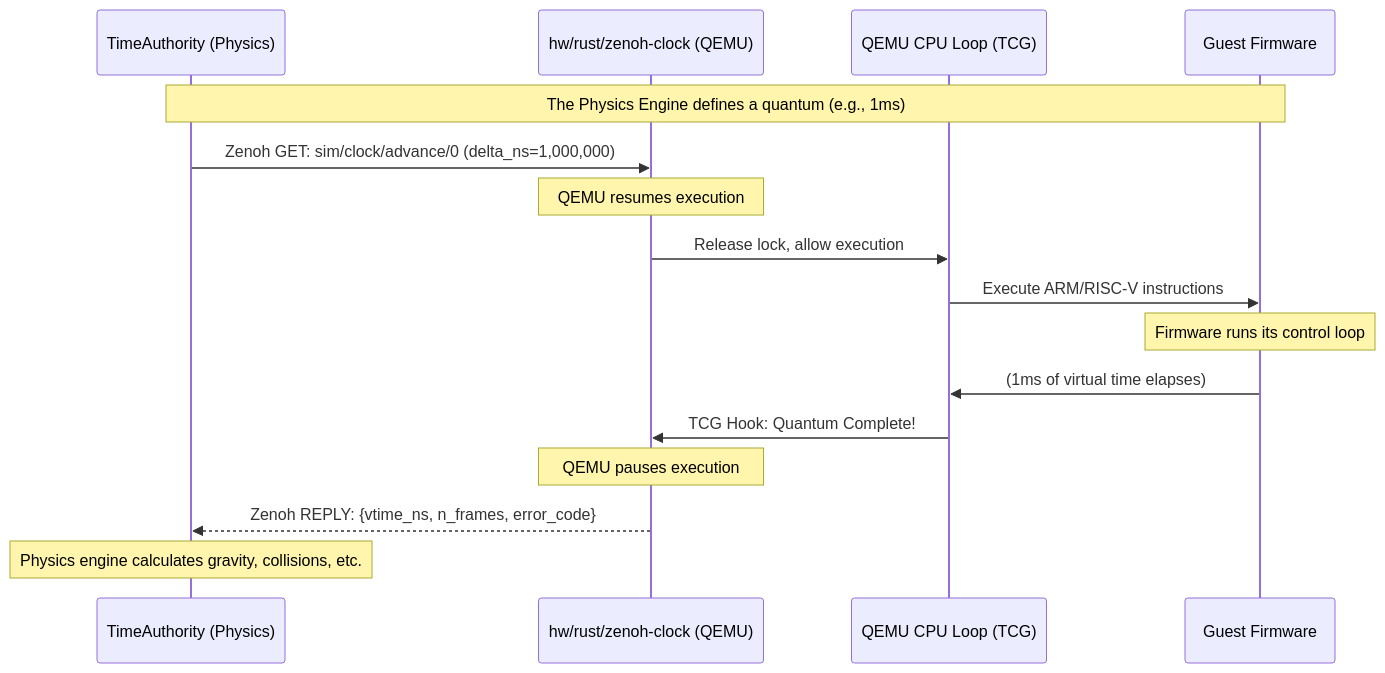
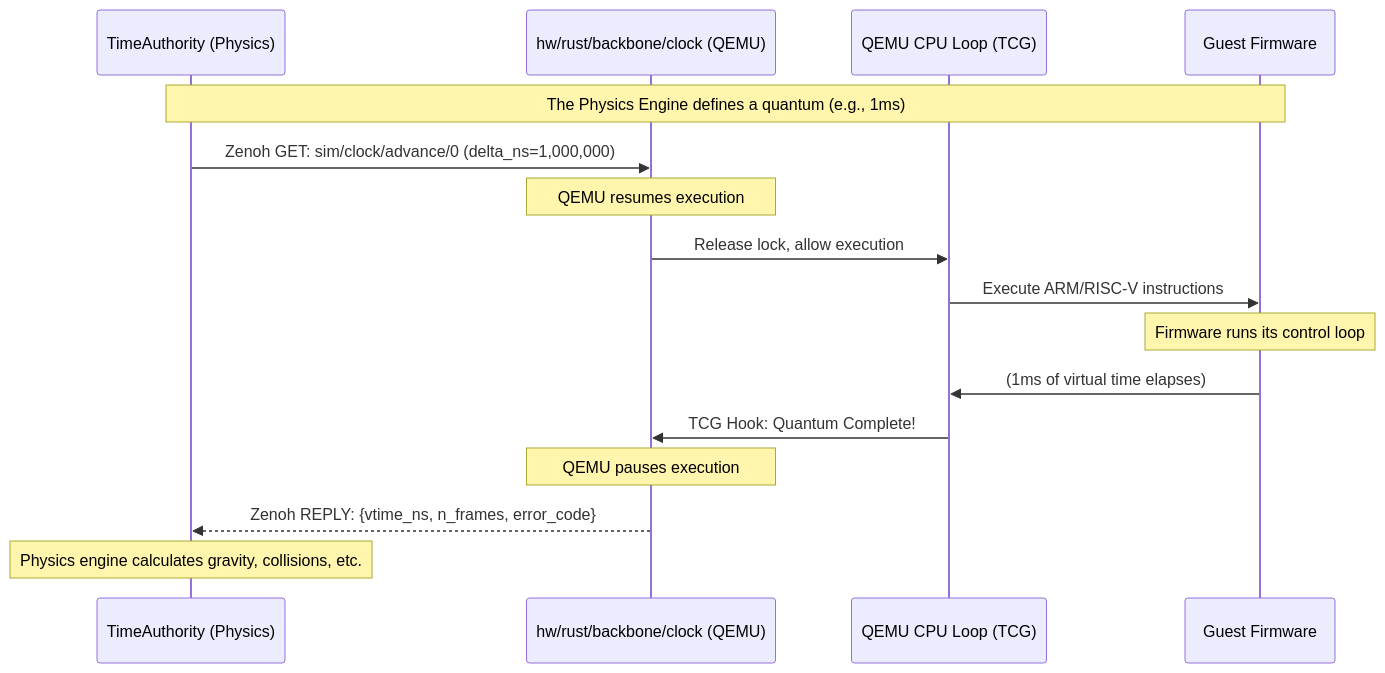
Before and after one commit to RefractSystems/qenode: the first of 2 diagrams in docs/design/TIME_MANAGEMENT_DESIGN.md, drawn with Mermaid. The commit also changed other lines of this file and 357 other files, not shown here.

First line of the commit message:
refactor: restructure architecture, stabilize deterministic framework and finalize testing abstractions

````diff
--- a/docs/design/TIME_MANAGEMENT_DESIGN.md
+++ b/docs/design/TIME_MANAGEMENT_DESIGN.md
@@ -19,20 +19,20 @@
 ```mermaid
 sequenceDiagram
     participant TA as TimeAuthority (Physics)
-    participant ZC as hw/rust/zenoh-clock (QEMU)
+    participant ZC as hw/rust/backbone/clock (QEMU)
     participant TCG as QEMU CPU Loop (TCG)
     participant FW as Guest Firmware
 
     Note over TA,FW: The Physics Engine defines a quantum (e.g., 1ms)
     
     TA->>ZC: Zenoh GET: sim/clock/advance/0 (delta_ns=1,000,000)
     Note over ZC: QEMU resumes execution
     ZC->>TCG: Release lock, allow execution
     TCG->>FW: Execute ARM/RISC-V instructions
     Note over FW: Firmware runs its control loop
     FW->>TCG: (1ms of virtual time elapses)
     TCG->>ZC: TCG Hook: Quantum Complete!
     Note over ZC: QEMU pauses execution
     ZC-->>TA: Zenoh REPLY: {vtime_ns, n_frames, error_code}
     Note over TA: Physics engine calculates gravity, collisions, etc.
 ```
````
